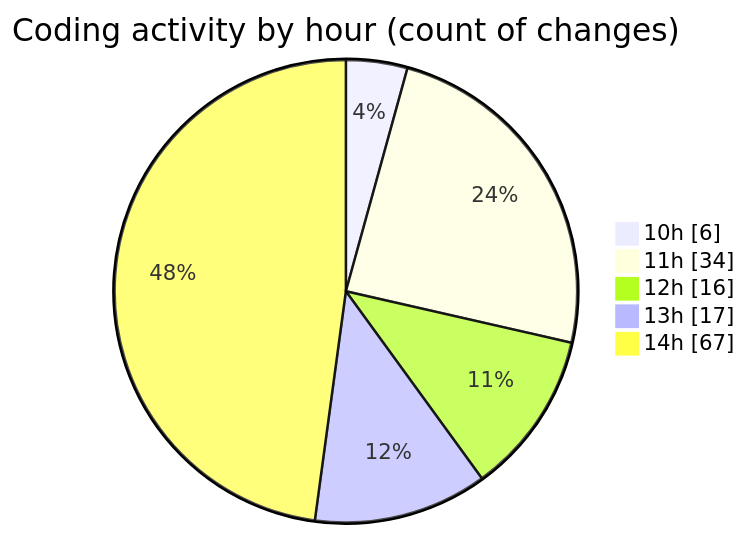
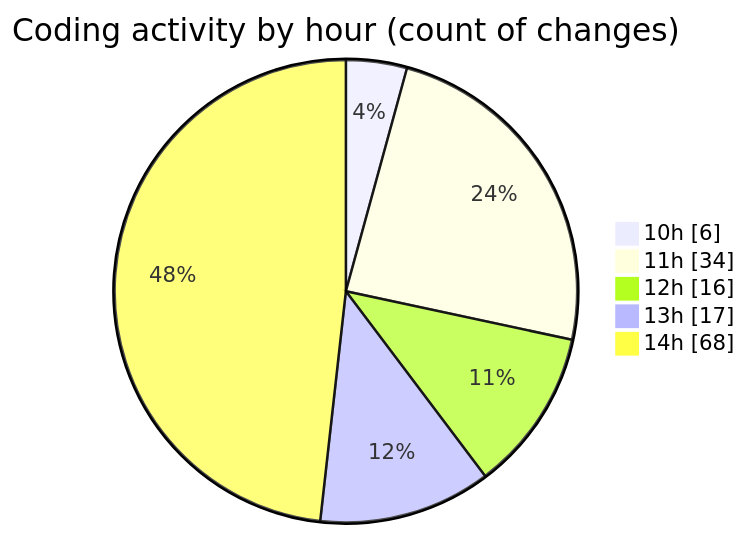
One commit to momahboobian/code-tracking changed the second of 2 diagrams in 2025-08-13/cda/README.md. Above: the diagram before and after it, drawn with Mermaid. The commit also changed other lines of this file and 1 other file, not shown here.

````diff
--- a/2025-08-13/cda/README.md
+++ b/2025-08-13/cda/README.md
@@ -49,9 +51,9 @@
 ```mermaid
 pie showData
 title Coding activity by hour (count of changes)
 "10h" : 6
 "11h" : 34
 "12h" : 16
 "13h" : 17
-"14h" : 67
+"14h" : 68
 ```
````
